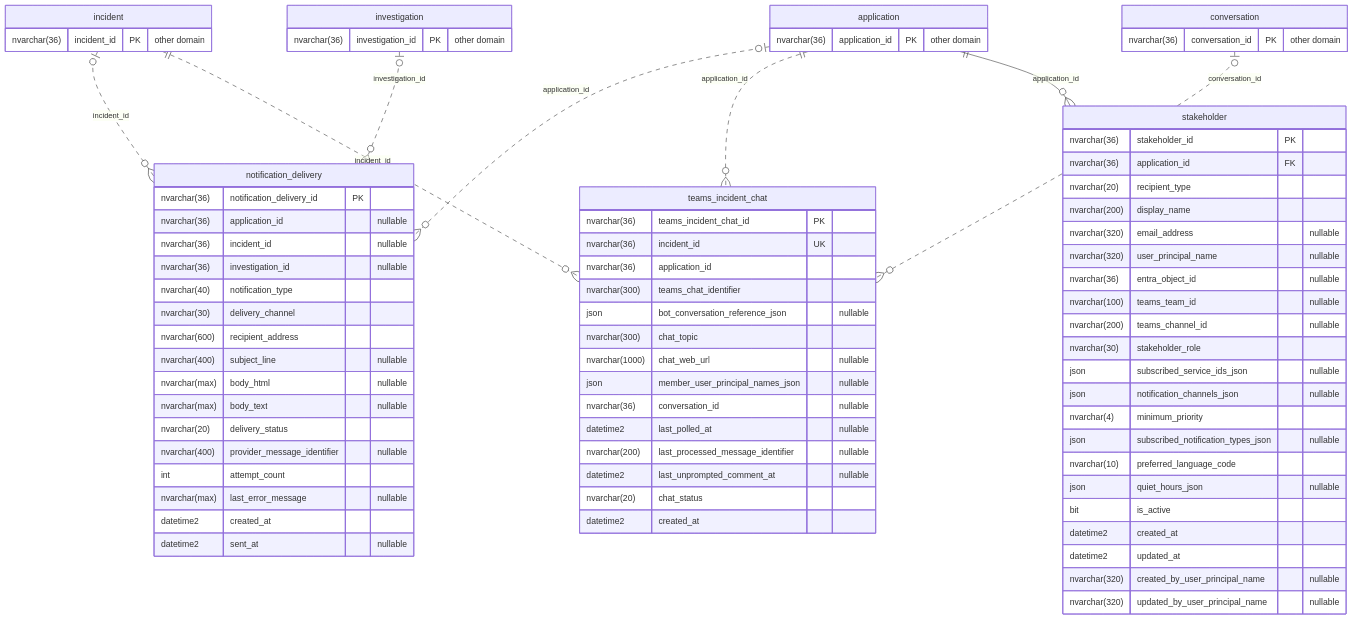
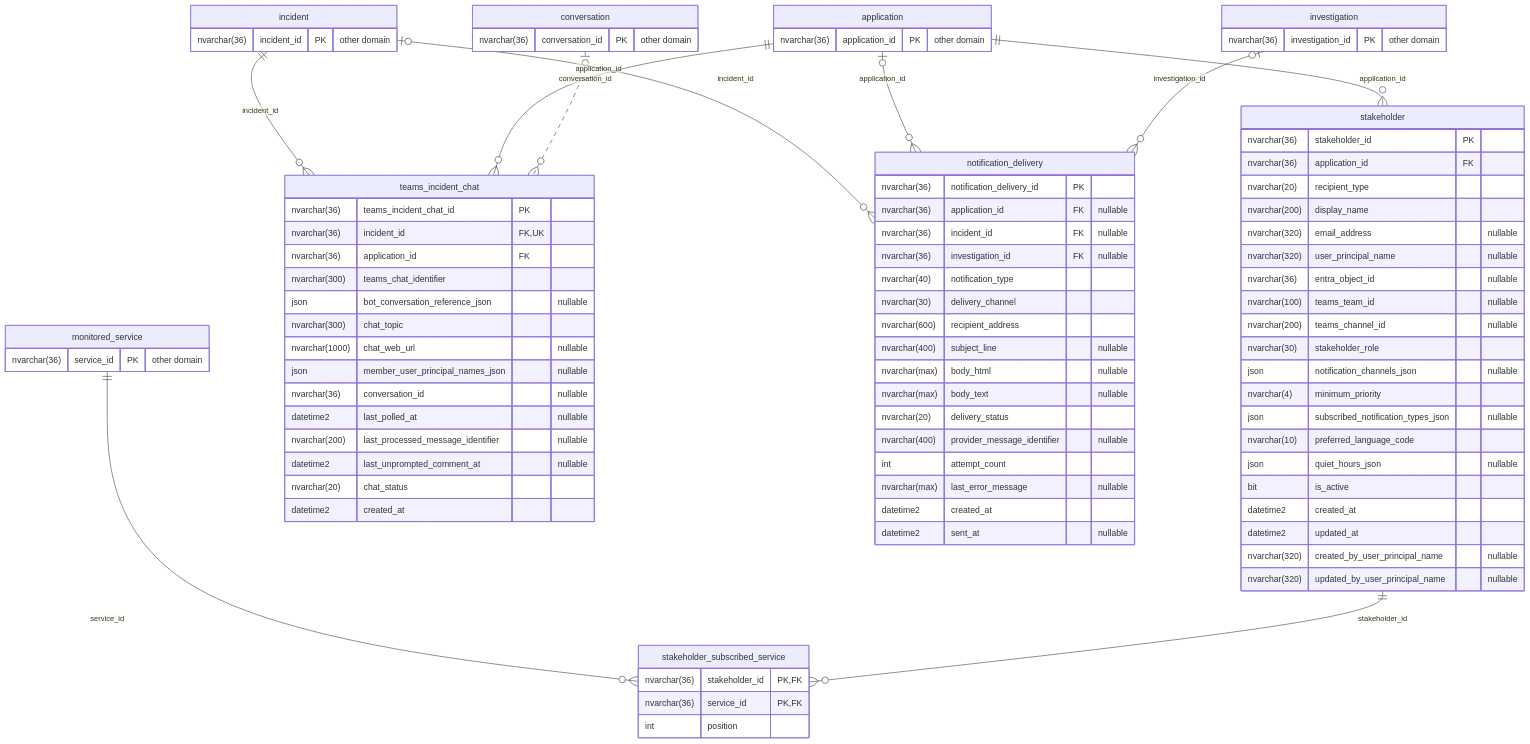
Before and after one commit to dilleswar16/Synaptic-Alchemy: the seventh of 8 diagrams in Keigan/My Plans/15_ENTITY_RELATIONSHIP_DIAGRAM.md, drawn with Mermaid. The commit also changed other lines of this file and 8 other files, not shown here.

````diff
--- a/Keigan/My Plans/15_ENTITY_RELATIONSHIP_DIAGRAM.md
+++ b/Keigan/My Plans/15_ENTITY_RELATIONSHIP_DIAGRAM.md
@@ -849,10 +936,48 @@
 ```mermaid
 erDiagram
+    stakeholder {
+        nvarchar(36) stakeholder_id PK
+        nvarchar(36) application_id FK
+        nvarchar(20) recipient_type
+        nvarchar(200) display_name
+        nvarchar(320) email_address "nullable"
+        nvarchar(320) user_principal_name "nullable"
+        nvarchar(36) entra_object_id "nullable"
+        nvarchar(100) teams_team_id "nullable"
+        nvarchar(200) teams_channel_id "nullable"
+        nvarchar(30) stakeholder_role
+        json notification_channels_json "nullable"
+        nvarchar(4) minimum_priority
+        json subscribed_notification_types_json "nullable"
+        nvarchar(10) preferred_language_code
+        json quiet_hours_json "nullable"
+        bit is_active
+        datetime2 created_at
+        datetime2 updated_at
+        nvarchar(320) created_by_user_principal_name "nullable"
+        nvarchar(320) updated_by_user_principal_name "nullable"
+    }
+    teams_incident_chat {
+        nvarchar(36) teams_incident_chat_id PK
+        nvarchar(36) incident_id FK, UK
+        nvarchar(36) application_id FK
+        nvarchar(300) teams_chat_identifier
+        json bot_conversation_reference_json "nullable"
+        nvarchar(300) chat_topic
+        nvarchar(1000) chat_web_url "nullable"
+        json member_user_principal_names_json "nullable"
+        nvarchar(36) conversation_id "nullable"
+        datetime2 last_polled_at "nullable"
+        nvarchar(200) last_processed_message_identifier "nullable"
+        datetime2 last_unprompted_comment_at "nullable"
+        nvarchar(20) chat_status
+        datetime2 created_at
+    }
     notification_delivery {
         nvarchar(36) notification_delivery_id PK
-        nvarchar(36) application_id "nullable"
-        nvarchar(36) incident_id "nullable"
-        nvarchar(36) investigation_id "nullable"
+        nvarchar(36) application_id FK "nullable"
+        nvarchar(36) incident_id FK "nullable"
+        nvarchar(36) investigation_id FK "nullable"
         nvarchar(40) notification_type
         nvarchar(30) delivery_channel
         nvarchar(600) recipient_address
@@ -866,44 +991,10 @@
         datetime2 created_at
         datetime2 sent_at "nullable"
     }
-    teams_incident_chat {
-        nvarchar(36) teams_incident_chat_id PK
-        nvarchar(36) incident_id UK
-        nvarchar(36) application_id
-        nvarchar(300) teams_chat_identifier
-        json bot_conversation_reference_json "nullable"
-        nvarchar(300) chat_topic
-        nvarchar(1000) chat_web_url "nullable"
-        json member_user_principal_names_json "nullable"
-        nvarchar(36) conversation_id "nullable"
-        datetime2 last_polled_at "nullable"
-        nvarchar(200) last_processed_message_identifier "nullable"
-        datetime2 last_unprompted_comment_at "nullable"
-        nvarchar(20) chat_status
-        datetime2 created_at
-    }
-    stakeholder {
-        nvarchar(36) stakeholder_id PK
-        nvarchar(36) application_id FK
-        nvarchar(20) recipient_type
-        nvarchar(200) display_name
-        nvarchar(320) email_address "nullable"
-        nvarchar(320) user_principal_name "nullable"
-        nvarchar(36) entra_object_id "nullable"
-        nvarchar(100) teams_team_id "nullable"
-        nvarchar(200) teams_channel_id "nullable"
-        nvarchar(30) stakeholder_role
-        json subscribed_service_ids_json "nullable"
-        json notification_channels_json "nullable"
-        nvarchar(4) minimum_priority
-        json subscribed_notification_types_json "nullable"
-        nvarchar(10) preferred_language_code
-        json quiet_hours_json "nullable"
-        bit is_active
-        datetime2 created_at
-        datetime2 updated_at
-        nvarchar(320) created_by_user_principal_name "nullable"
-        nvarchar(320) updated_by_user_principal_name "nullable"
+    stakeholder_subscribed_service {
+        nvarchar(36) stakeholder_id PK, FK
+        nvarchar(36) service_id PK, FK
+        int position
     }
     application {
         nvarchar(36) application_id PK "other domain"
@@ -917,11 +1008,16 @@
     investigation {
         nvarchar(36) investigation_id PK "other domain"
     }
-    application |o..o{ notification_delivery : "application_id"
-    incident |o..o{ notification_delivery : "incident_id"
-    investigation |o..o{ notification_delivery : "investigation_id"
-    incident ||..o{ teams_incident_chat : "incident_id"
-    application ||..o{ teams_incident_chat : "application_id"
+    monitored_service {
+        nvarchar(36) service_id PK "other domain"
+    }
+    application ||--o{ stakeholder : "application_id"
+    incident ||--o{ teams_incident_chat : "incident_id"
+    application ||--o{ teams_incident_chat : "application_id"
     conversation |o..o{ teams_incident_chat : "conversation_id"
-    application ||--o{ stakeholder : "application_id"
+    incident |o--o{ notification_delivery : "incident_id"
+    application |o--o{ notification_delivery : "application_id"
+    investigation |o--o{ notification_delivery : "investigation_id"
+    monitored_service ||--o{ stakeholder_subscribed_service : "service_id"
+    stakeholder ||--o{ stakeholder_subscribed_service : "stakeholder_id"
 ```
````
